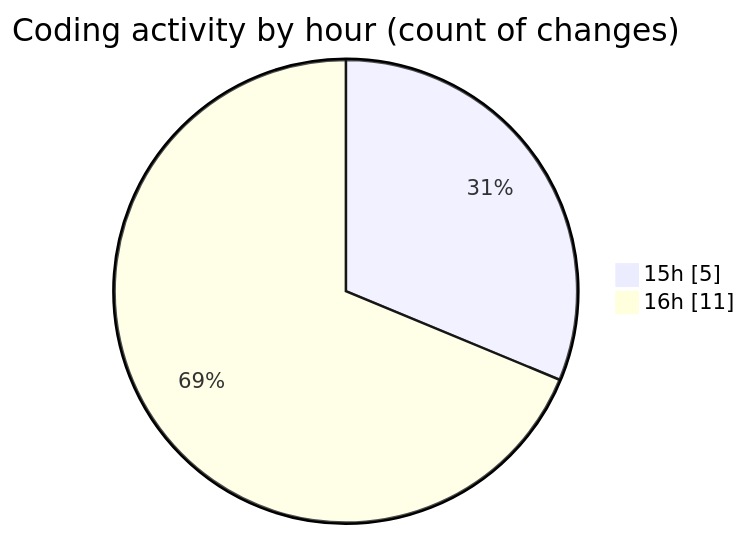
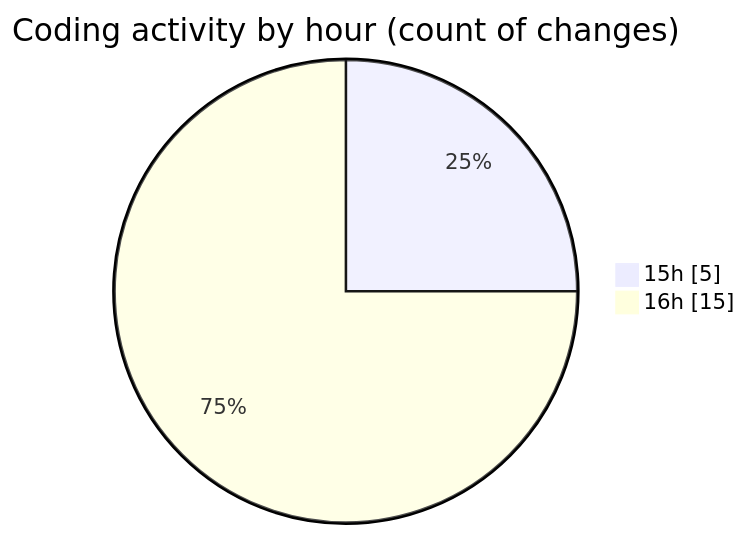
One commit to EIIisD/code-tracking changed the second of 2 diagrams in 2025-07-22/fish/README.md. Above: the diagram before and after it, drawn with Mermaid. The commit also changed other lines of this file and 1 other file, not shown here.

````diff
--- a/2025-07-22/fish/README.md
+++ b/2025-07-22/fish/README.md
@@ -30,6 +30,6 @@
 ```mermaid
 pie showData
 title Coding activity by hour (count of changes)
 "15h" : 5
-"16h" : 11
+"16h" : 15
 ```
````
